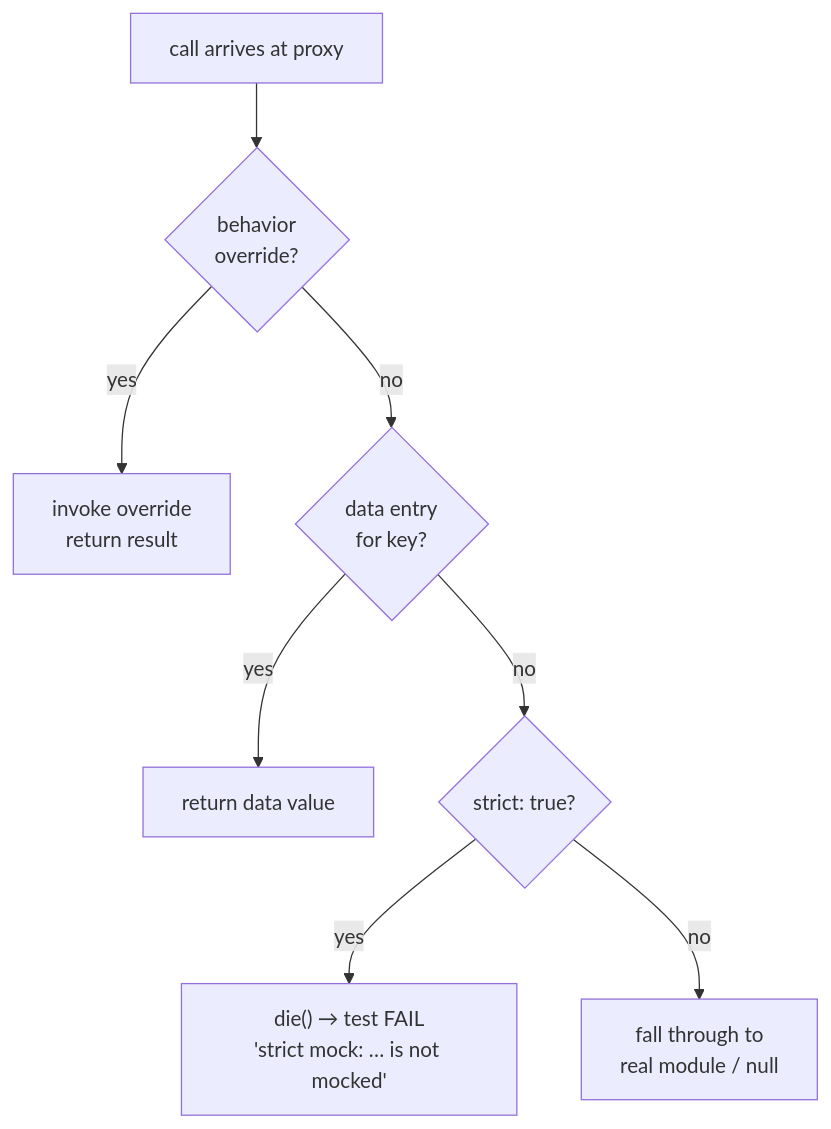
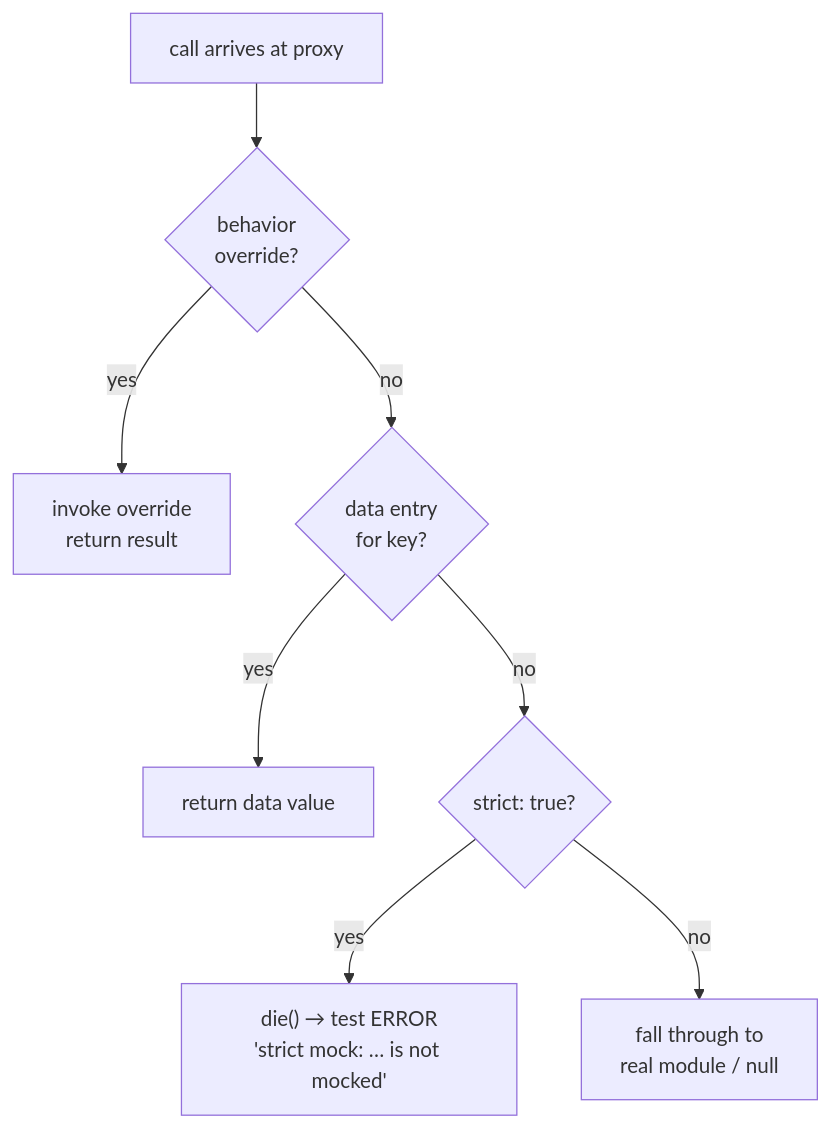
Before and after one commit to m00qek/utest: the diagram in docs/explanation/strict-mode.md, drawn with Mermaid. The commit also changed other lines of this file and 2 other files, not shown here.

First line of the commit message:
docs: correct stale-proxy (dies) and strict-mode (ERROR) claims

````diff
--- a/docs/explanation/strict-mode.md
+++ b/docs/explanation/strict-mode.md
@@ -11,10 +11,10 @@
 ```mermaid
 flowchart TD
     A["call arrives at proxy"] --> B{"behavior\noverride?"}
     B -->|yes| C["invoke override\nreturn result"]
     B -->|no| D{"data entry\nfor key?"}
     D -->|yes| E["return data value"]
     D -->|no| F{"strict: true?"}
-    F -->|yes| G["die() → test FAIL\n'strict mock: … is not mocked'"]
+    F -->|yes| G["die() → test ERROR\n'strict mock: … is not mocked'"]
     F -->|no| H["fall through to\nreal module / null"]
 ```
````
